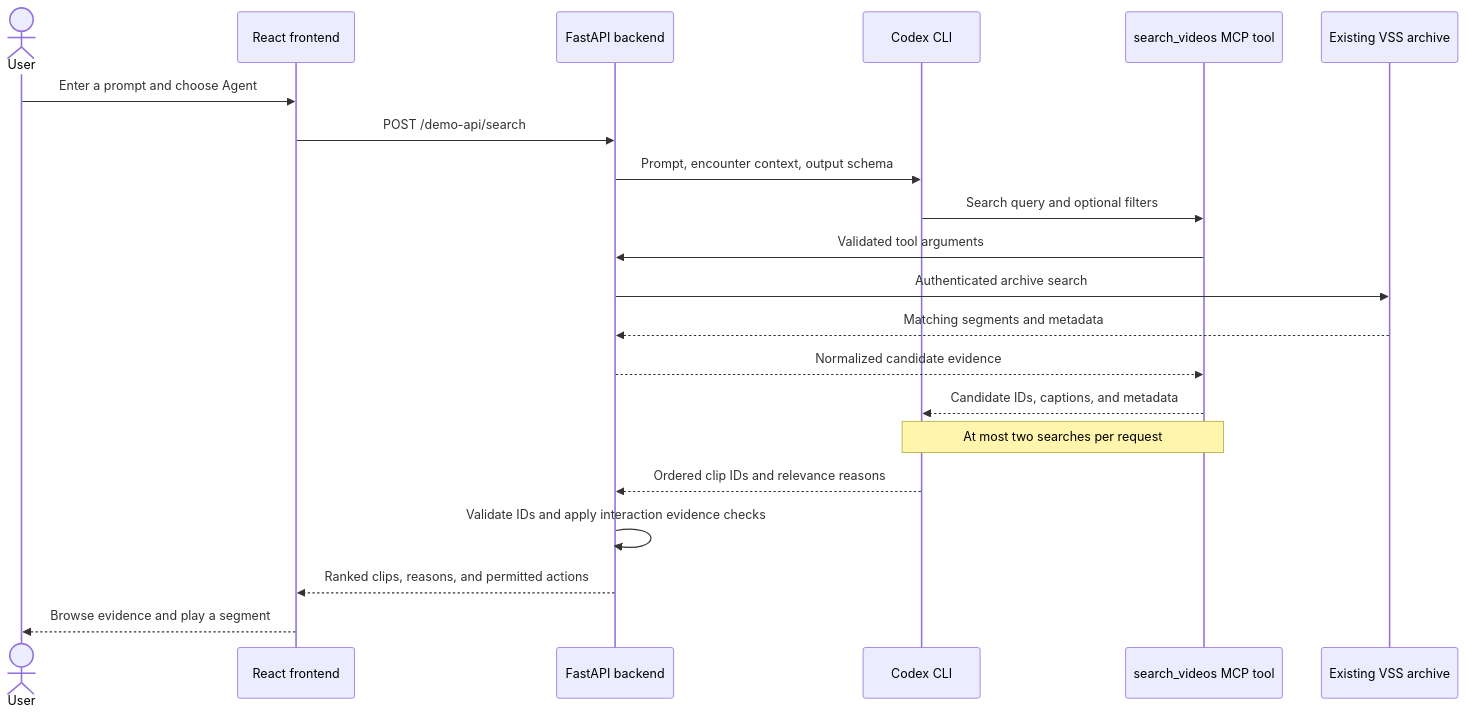
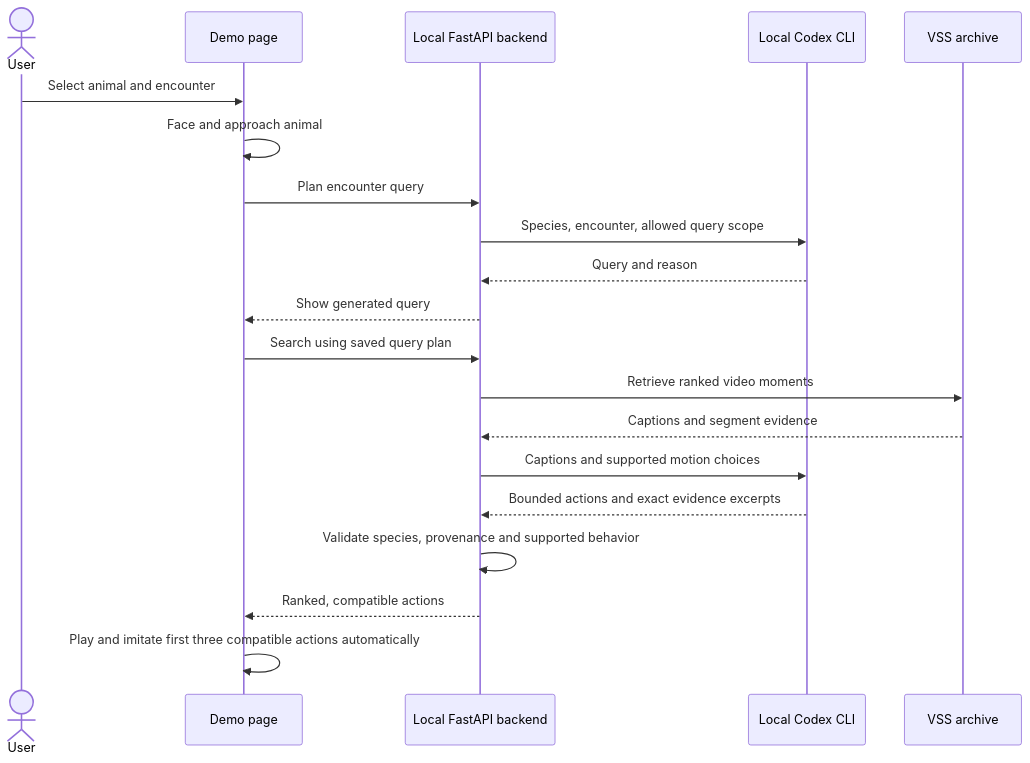
The diagram in README.md (CoralLeiCN/rtv-hack), drawn with Mermaid before and after one commit. The commit also changed other lines of this file and 35 other files, not shown here.

Commit message:
Add local OAuth agent planning and proactive duck encounters

````diff
--- a/README.md
+++ b/README.md
@@ -40,23 +35,22 @@
 ```mermaid
 sequenceDiagram
     actor User
-    participant UI as React frontend
-    participant API as FastAPI backend
-    participant Agent as Codex CLI
-    participant Tool as search_videos MCP tool
-    participant VSS as Existing VSS archive
-    User->>UI: Enter a prompt and choose Agent
-    UI->>API: POST /demo-api/search
-    API->>Agent: Prompt, encounter context, output schema
-    Agent->>Tool: Search query and optional filters
-    Tool->>API: Validated tool arguments
-    API->>VSS: Authenticated archive search
-    VSS-->>API: Matching segments and metadata
-    API-->>Tool: Normalized candidate evidence
-    Tool-->>Agent: Candidate IDs, captions, and metadata
-    Note over Agent,Tool: At most two searches per request
-    Agent-->>API: Ordered clip IDs and relevance reasons
-    API->>API: Validate IDs and apply interaction evidence checks
-    API-->>UI: Ranked clips, reasons, and permitted actions
-    UI-->>User: Browse evidence and play a segment
+    participant UI as Demo page
+    participant API as Local FastAPI backend
+    participant Agent as Local Codex CLI
+    participant VSS as VSS archive
+    User->>UI: Select animal and encounter
+    UI->>UI: Face and approach animal
+    UI->>API: Plan encounter query
+    API->>Agent: Species, encounter, allowed query scope
+    Agent-->>API: Query and reason
+    API-->>UI: Show generated query
+    UI->>API: Search using saved query plan
+    API->>VSS: Retrieve ranked video moments
+    VSS-->>API: Captions and segment evidence
+    API->>Agent: Captions and supported motion choices
+    Agent-->>API: Bounded actions and exact evidence excerpts
+    API->>API: Validate species, provenance and supported behavior
+    API-->>UI: Ranked, compatible actions
+    UI->>UI: Play and imitate first three compatible actions automatically
 ```
````
